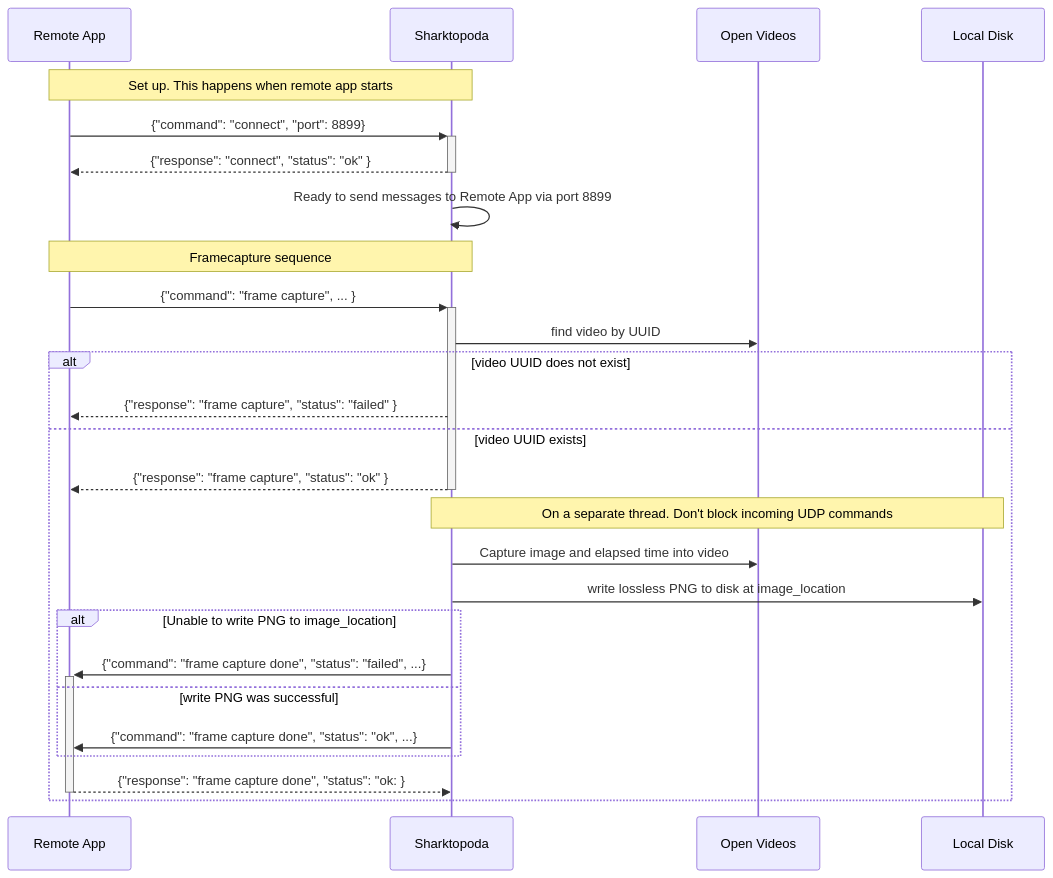
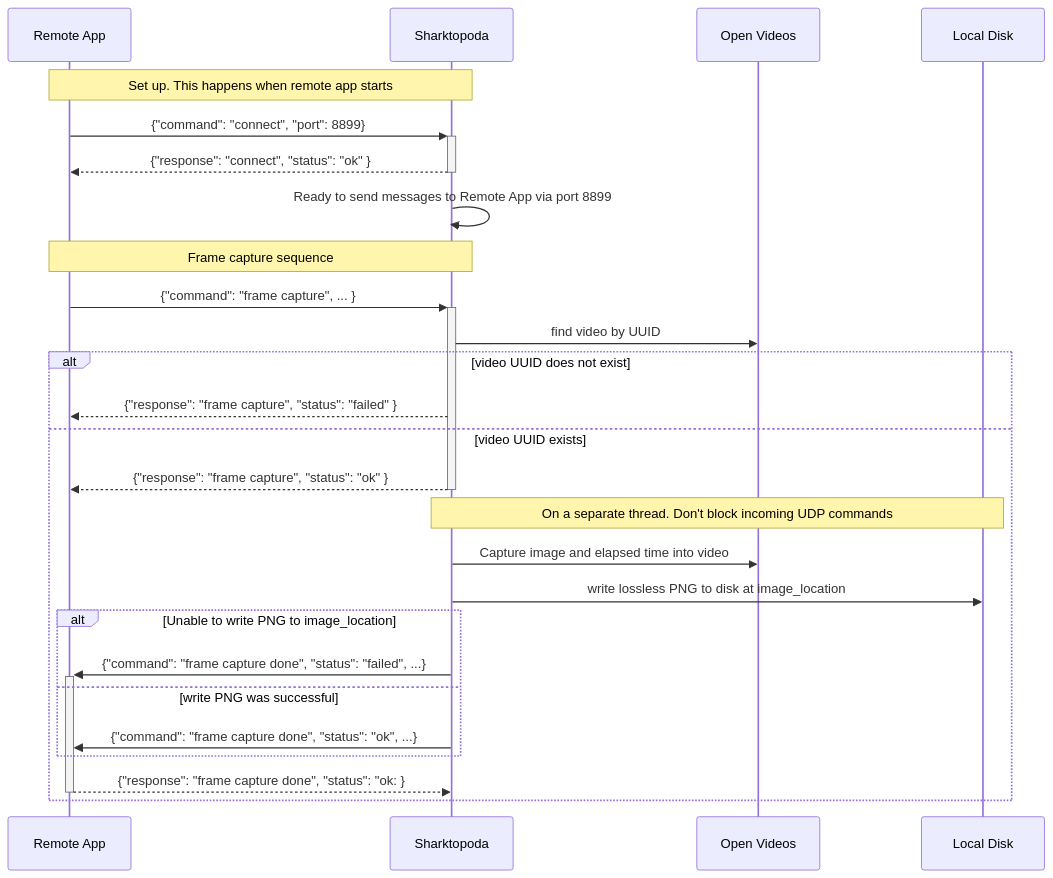
Before and after one commit to mbari-org/Sharktopoda1: the fourth of 4 diagrams in docs/requirements/Sharktopoda 2/UDP_Remote_Protocol.md, drawn with Mermaid. The commit also changed other lines of this file, not shown here.

````diff
--- a/docs/requirements/Sharktopoda 2/UDP_Remote_Protocol.md
+++ b/docs/requirements/Sharktopoda 2/UDP_Remote_Protocol.md
@@ -452,31 +452,31 @@
 ```mermaid
 sequenceDiagram 
     participant R as Remote App
     participant S as Sharktopoda
     participant V as Open Videos
     participant disk as Local Disk
 
     Note over R,S: Set up. This happens when remote app starts
     R->>+S: {"command": "connect", "port": 8899}
     S-->>-R: {"response": "connect", "status": "ok" }
 
     S->>S: Ready to send messages to Remote App via port 8899
 
-    Note over R,S: Framecapture sequence
+    Note over R,S: Frame capture sequence
     R->>+S: {"command": "frame capture", ... }
     S->>V: find video by UUID
     alt video UUID does not exist
       S-->>R: {"response": "frame capture", "status": "failed" }
     else video UUID exists
       S-->>-R: {"response": "frame capture", "status": "ok" }
       Note over S,disk: On a separate thread. Don't block incoming UDP commands
       S->>V: Capture image and elapsed time into video
       S->>disk: write lossless PNG to disk at image_location
       alt Unable to write PNG to image_location
         S->>+R: {"command": "frame capture done", "status": "failed", ...}
       else write PNG was successful
         S->>R: {"command": "frame capture done", "status": "ok", ...}
       end
       R-->>-S: {"response": "frame capture done", "status": "ok: }
     end
 ```
````
